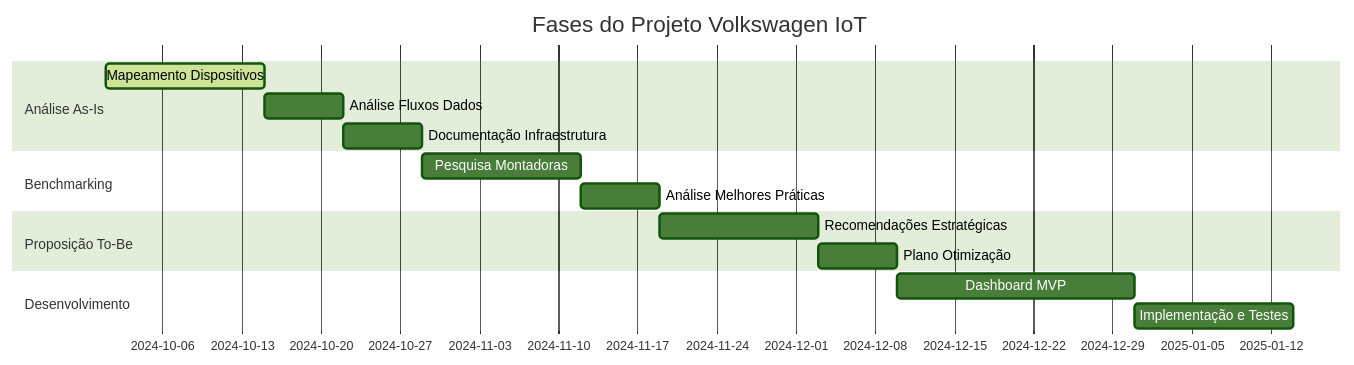
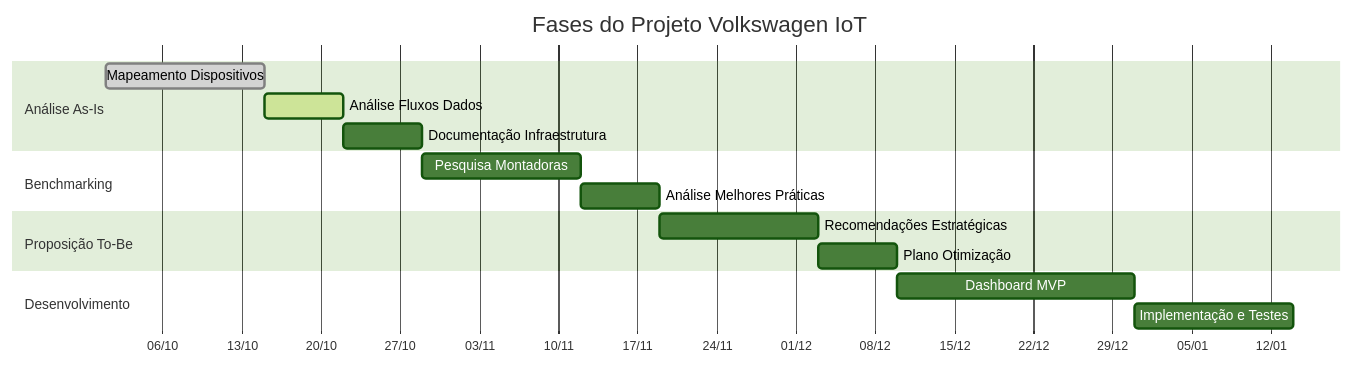
Before and after one commit to afonsolelis/20254_inteli_ad04: the third of 5 diagrams in README.md, drawn with Mermaid (forest theme). The commit also changed other lines of this file, not shown here.

First line of the commit message:
refactor: Optimize Mermaid diagrams for black and white rendering

````diff
--- a/README.md
+++ b/README.md
@@ -126,21 +185,23 @@
 ```mermaid
 gantt
     title Fases do Projeto Volkswagen IoT
     dateFormat  YYYY-MM-DD
+    axisFormat  %d/%m
+    
     section Análise As-Is
-    Mapeamento Dispositivos    :active, phase1, 2024-10-01, 2w
-    Análise Fluxos Dados       :phase1b, after phase1, 1w
+    Mapeamento Dispositivos    :done, phase1, 2024-10-01, 2w
+    Análise Fluxos Dados       :active, phase1b, after phase1, 1w
     Documentação Infraestrutura :phase1c, after phase1b, 1w
     
     section Benchmarking
     Pesquisa Montadoras        :phase2, after phase1c, 2w
     Análise Melhores Práticas  :phase2b, after phase2, 1w
     
     section Proposição To-Be
     Recomendações Estratégicas :phase3, after phase2b, 2w
     Plano Otimização          :phase3b, after phase3, 1w
     
     section Desenvolvimento
     Dashboard MVP             :phase4, after phase3b, 3w
     Implementação e Testes    :phase4b, after phase4, 2w
 ```
````
